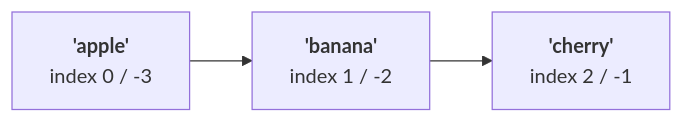
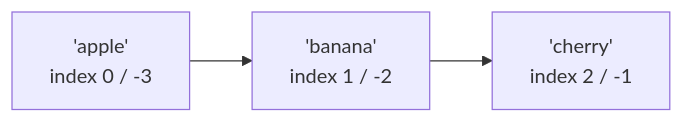
The first of 2 diagrams in CRESCENT/python-foundations/modules/p3-data-structures/unit-3-1-lists.md (Kaveripriya/AI-Academy), drawn with Mermaid before and after one commit. The commit also changed other lines of this file and 19 other files, not shown here.

````diff
--- a/CRESCENT/python-foundations/modules/p3-data-structures/unit-3-1-lists.md
+++ b/CRESCENT/python-foundations/modules/p3-data-structures/unit-3-1-lists.md
@@ -48,8 +122,7 @@
 ```mermaid
 flowchart LR
-    A["<b>'apple'</b><br/>index 0 / -3"]
-    B["<b>'banana'</b><br/>index 1 / -2"]
-    C["<b>'cherry'</b><br/>index 2 / -1"]
-
+    A["'apple'<br/>index 0 / -3"]
+    B["'banana'<br/>index 1 / -2"]
+    C["'cherry'<br/>index 2 / -1"]
     A --> B --> C
 ```
````
